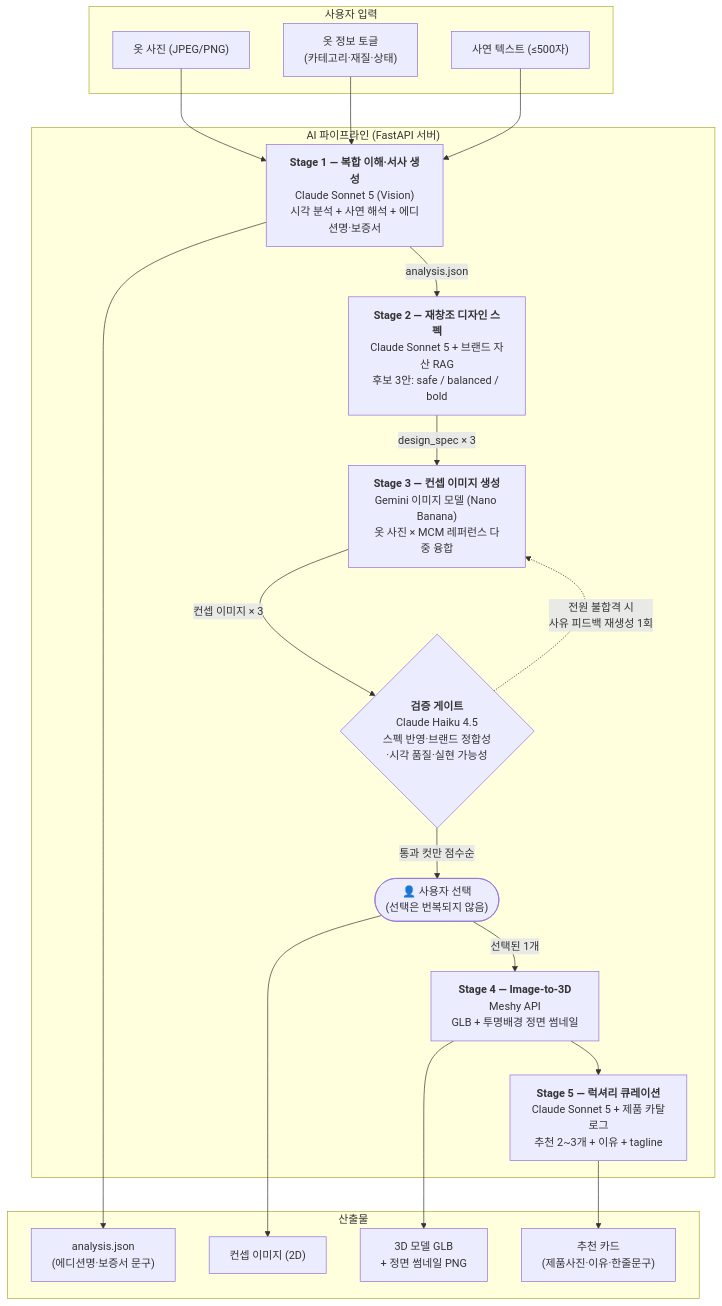
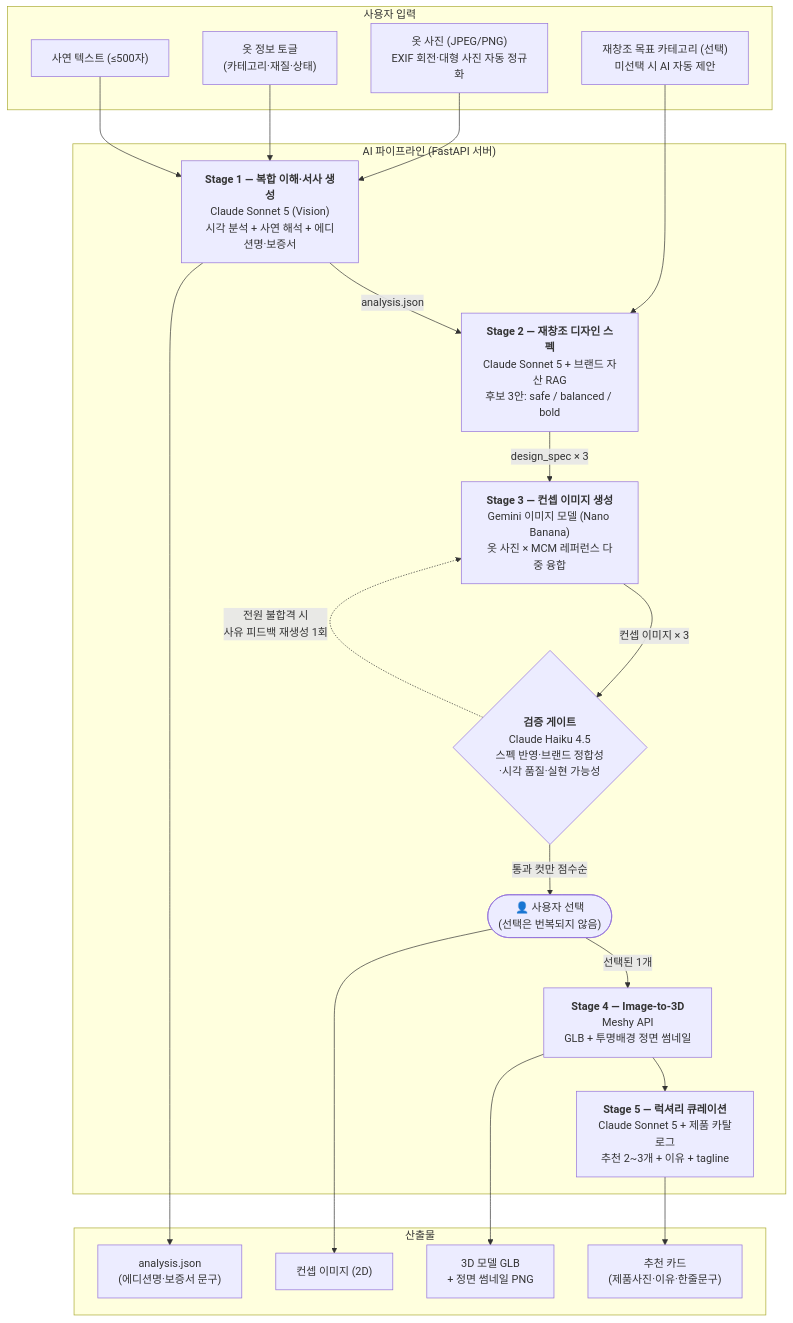
The first of 5 diagrams in README.md (LikeLion-14th-SKHU/LikeLion-14th-TEAM04-AI), drawn with Mermaid before and after one commit. The commit also changed other lines of this file, not shown here.

First line of the commit message:
docs: README 최신화 — 재창조 카테고리 선택·DB 113종·업로드 정규화 반영

````diff
--- a/README.md
+++ b/README.md
@@ -16,40 +16,42 @@
 ```mermaid
 flowchart TD
     subgraph INPUT["사용자 입력"]
-        A["옷 사진 (JPEG/PNG)"]
+        A["옷 사진 (JPEG/PNG)<br/>EXIF 회전·대형 사진 자동 정규화"]
         B["옷 정보 토글<br/>(카테고리·재질·상태)"]
         C["사연 텍스트 (≤500자)"]
+        D["재창조 목표 카테고리 (선택)<br/>미선택 시 AI 자동 제안"]
     end
 
     subgraph PIPELINE["AI 파이프라인 (FastAPI 서버)"]
         S1["<b>Stage 1 — 복합 이해·서사 생성</b><br/>Claude Sonnet 5 (Vision)<br/>시각 분석 + 사연 해석 + 에디션명·보증서"]
         S2["<b>Stage 2 — 재창조 디자인 스펙</b><br/>Claude Sonnet 5 + 브랜드 자산 RAG<br/>후보 3안: safe / balanced / bold"]
         S3["<b>Stage 3 — 컨셉 이미지 생성</b><br/>Gemini 이미지 모델 (Nano Banana)<br/>옷 사진 × MCM 레퍼런스 다중 융합"]
         GATE{"<b>검증 게이트</b><br/>Claude Haiku 4.5<br/>스펙 반영·브랜드 정합성<br/>·시각 품질·실현 가능성"}
         SEL(["👤 사용자 선택<br/>(선택은 번복되지 않음)"])
         S4["<b>Stage 4 — Image-to-3D</b><br/>Meshy API<br/>GLB + 투명배경 정면 썸네일"]
         S5["<b>Stage 5 — 럭셔리 큐레이션</b><br/>Claude Sonnet 5 + 제품 카탈로그<br/>추천 2~3개 + 이유 + tagline"]
     end
 
     subgraph OUT["산출물"]
         O1["analysis.json<br/>(에디션명·보증서 문구)"]
         O2["컨셉 이미지 (2D)"]
         O3["3D 모델 GLB<br/>+ 정면 썸네일 PNG"]
         O4["추천 카드<br/>(제품사진·이유·한줄문구)"]
     end
 
     A --> S1
     B --> S1
     C --> S1
+    D --> S2
     S1 -->|analysis.json| S2
     S2 -->|design_spec × 3| S3
     S3 -->|컨셉 이미지 × 3| GATE
     GATE -->|통과 컷만 점수순| SEL
     GATE -.->|전원 불합격 시<br/>사유 피드백 재생성 1회| S3
     SEL -->|선택된 1개| S4
     S1 --> O1
     SEL --> O2
     S4 --> O3
     S4 --> S5
     S5 --> O4
 ```
````
